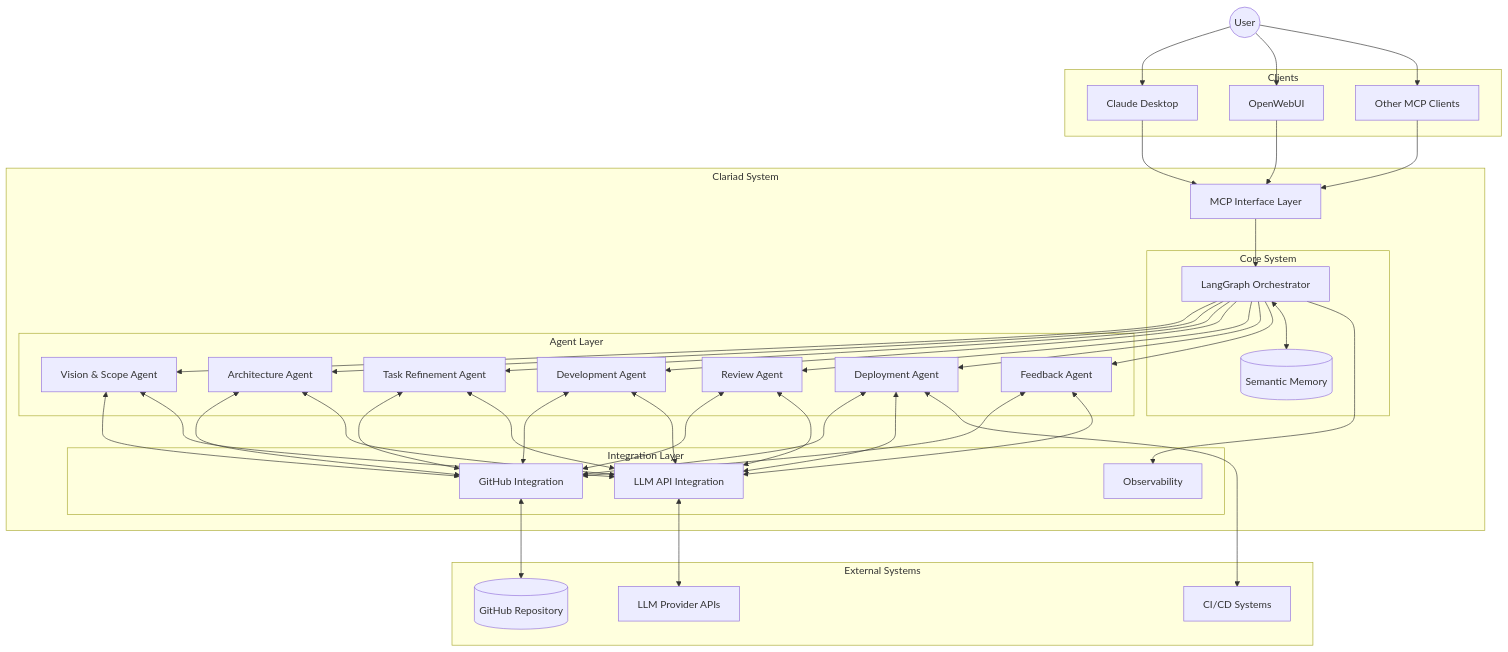
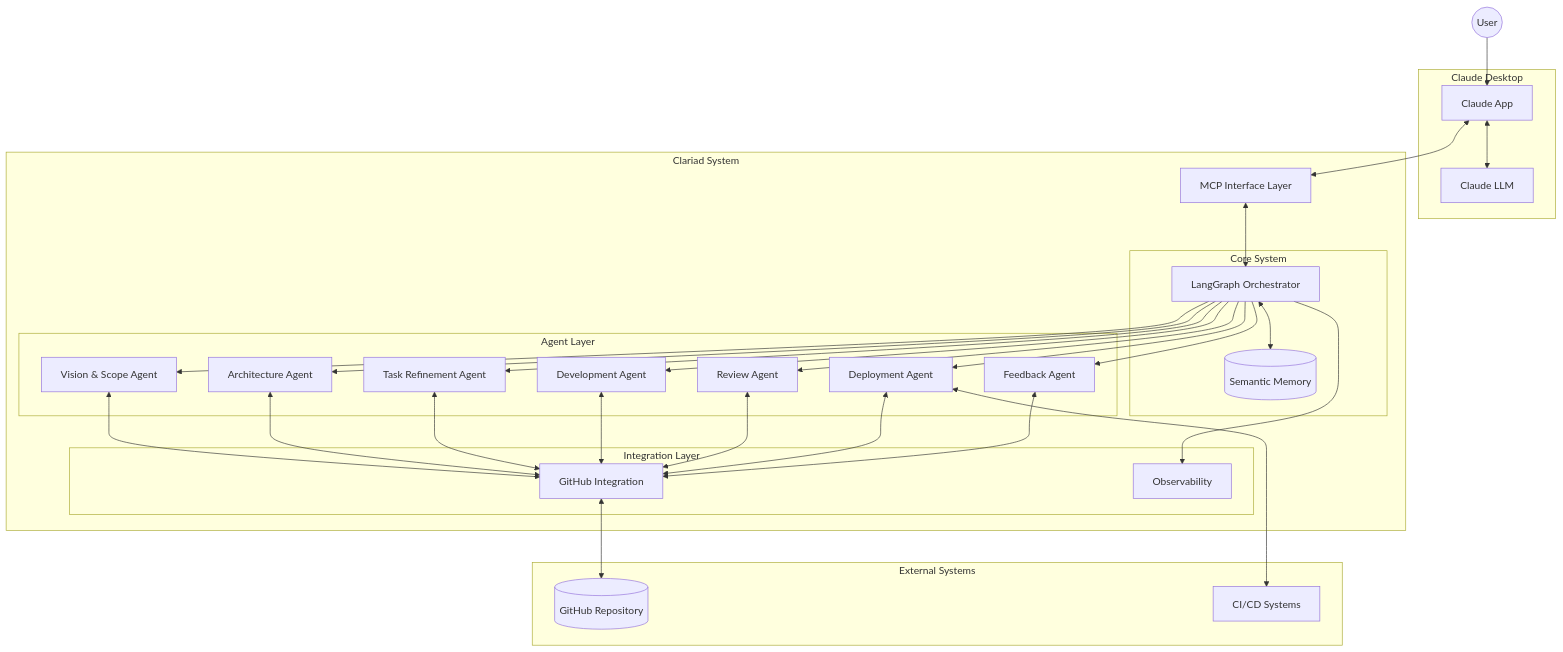
One commit to unterrichtdaniel/clariad changed the first of 4 diagrams in docs/architecture/system-diagrams.md. Above: the diagram before and after it, drawn with Mermaid. The commit also changed other lines of this file and 12 other files, not shown here.

````diff
--- a/docs/architecture/system-diagrams.md
+++ b/docs/architecture/system-diagrams.md
@@ -10,10 +10,10 @@
 graph TB
     User((User))
     
-    subgraph "Clients"
-        Claude[Claude Desktop]
-        OpenWebUI[OpenWebUI]
-        OtherMCP[Other MCP Clients]
+    subgraph "Claude Desktop"
+        Claude[Claude App]
+        ClaudeLLM[Claude LLM]
+        Claude <--> ClaudeLLM
     end
     
     subgraph "Clariad System"
@@ -37,25 +37,18 @@
         subgraph "Integration Layer"
             GitHub[GitHub Integration]
             Langfuse[Observability]
-            LLM[LLM API Integration]
         end
     end
     
     subgraph "External Systems"
         GitHubRepo[(GitHub Repository)]
         CI[CI/CD Systems]
-        LLMProvider[LLM Provider APIs]
     end
     
     User --> Claude
-    User --> OpenWebUI
-    User --> OtherMCP
+    Claude <--> MCP
     
-    Claude --> MCP
-    OpenWebUI --> MCP
-    OtherMCP --> MCP
-    
-    MCP --> Orchestrator
+    MCP <--> Orchestrator
     
     Orchestrator --> Vision
     Orchestrator --> Architecture
@@ -75,17 +68,8 @@
     Deployment <--> GitHub
     Feedback <--> GitHub
     
-    Vision <--> LLM
-    Architecture <--> LLM
-    Task <--> LLM
-    Development <--> LLM
-    Review <--> LLM
-    Deployment <--> LLM
-    Feedback <--> LLM
-    
     GitHub <--> GitHubRepo
     Deployment <--> CI
-    LLM <--> LLMProvider
     
     Orchestrator --> Langfuse
 ```
````
